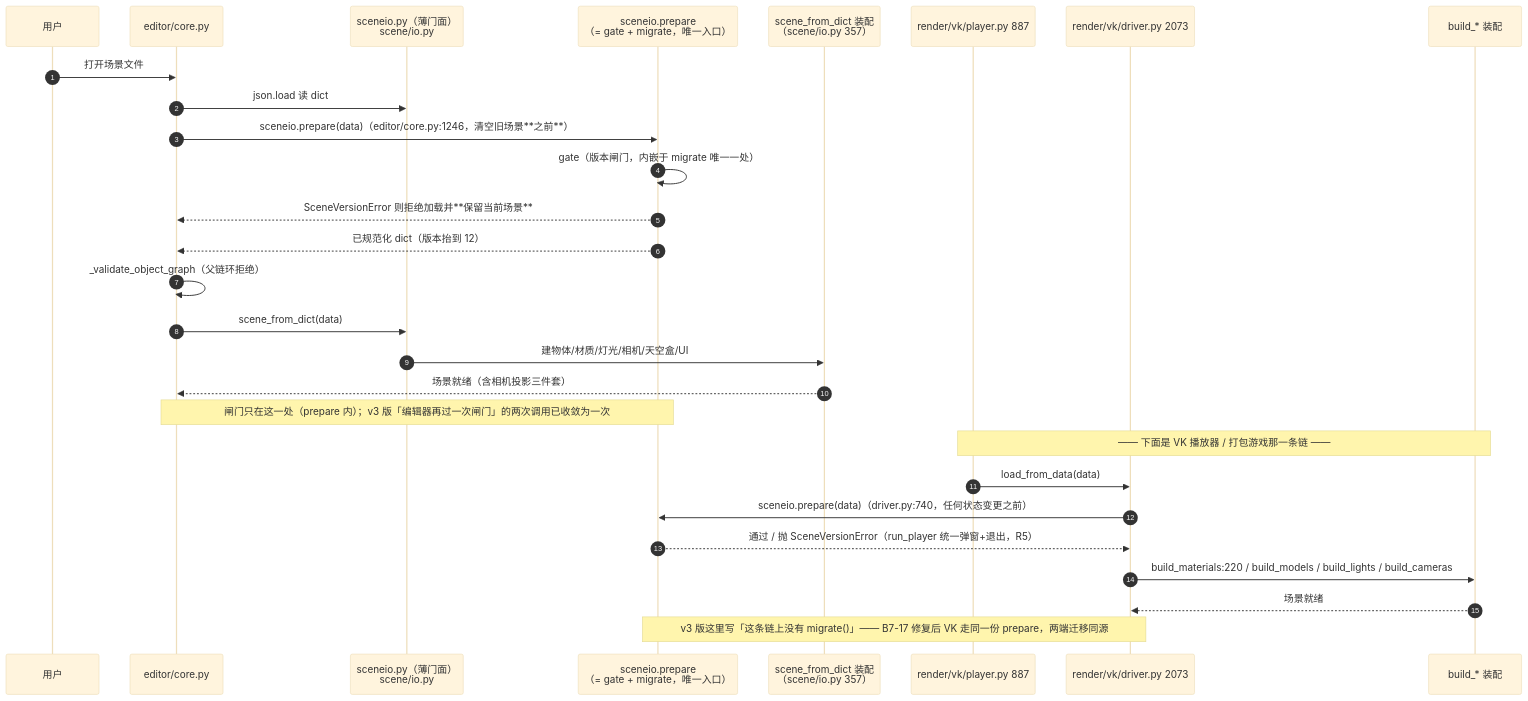
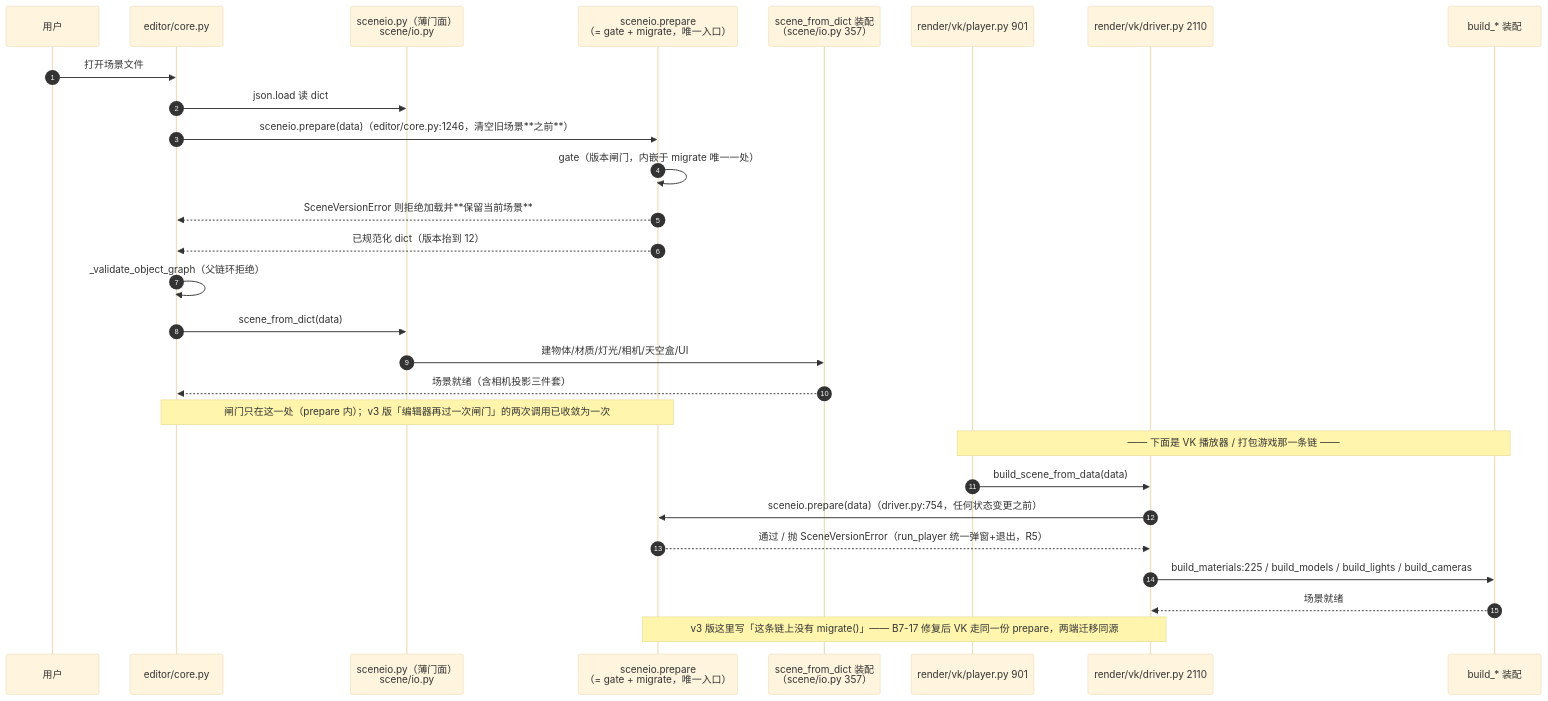
Before and after one commit to lhy302/WeaveEngine: diagram 13 of 23 in ARCHITECTURE.md, drawn with Mermaid (base theme). The commit also changed other lines of this file, not shown here.

Commit message:
B7-55~59 架构图同步：23 图按实况刷新（HEAD 01ca8a9；168 .py/63431 行；+7 门 + test_hub_update 106；run_all ~170 文件/6341 PASS/0 FAIL）

````diff
--- a/ARCHITECTURE.md
+++ b/ARCHITECTURE.md
@@ -598,30 +615,30 @@
 ```mermaid
 sequenceDiagram
   autonumber
   participant U as 用户
   participant ED as editor/core.py
   participant SIO as sceneio.py（薄门面）<br/>scene/io.py
   participant PREP as sceneio.prepare<br/>（= gate + migrate，唯一入口）
   participant AP as scene_from_dict 装配<br/>（scene/io.py 357）
-  participant VP as render/vk/player.py 887
-  participant SD as render/vk/driver.py 2073
+  participant VP as render/vk/player.py 901
+  participant SD as render/vk/driver.py 2110
   participant BM as build_* 装配
   U->>ED: 打开场景文件
   ED->>SIO: json.load 读 dict
   ED->>PREP: sceneio.prepare(data)（editor/core.py:1246，清空旧场景**之前**）
   PREP->>PREP: gate（版本闸门，内嵌于 migrate 唯一一处）
   PREP-->>ED: SceneVersionError 则拒绝加载并**保留当前场景**
   PREP-->>ED: 已规范化 dict（版本抬到 12）
   ED->>ED: _validate_object_graph（父链环拒绝）
   ED->>SIO: scene_from_dict(data)
   SIO->>AP: 建物体/材质/灯光/相机/天空盒/UI
   AP-->>ED: 场景就绪（含相机投影三件套）
   Note over ED,PREP: 闸门只在这一处（prepare 内）；v3 版「编辑器再过一次闸门」的两次调用已收敛为一次
   Note over VP,BM: —— 下面是 VK 播放器 / 打包游戏那一条链 ——
-  VP->>SD: load_from_data(data)
-  SD->>PREP: sceneio.prepare(data)（driver.py:740，任何状态变更之前）
+  VP->>SD: build_scene_from_data(data)
+  SD->>PREP: sceneio.prepare(data)（driver.py:754，任何状态变更之前）
   PREP-->>SD: 通过 / 抛 SceneVersionError（run_player 统一弹窗+退出，R5）
-  SD->>BM: build_materials:220 / build_models / build_lights / build_cameras
+  SD->>BM: build_materials:225 / build_models / build_lights / build_cameras
   BM-->>SD: 场景就绪
   Note over SD,PREP: v3 版这里写「这条链上没有 migrate()」—— B7-17 修复后 VK 走同一份 prepare，两端迁移同源
 ```
````
